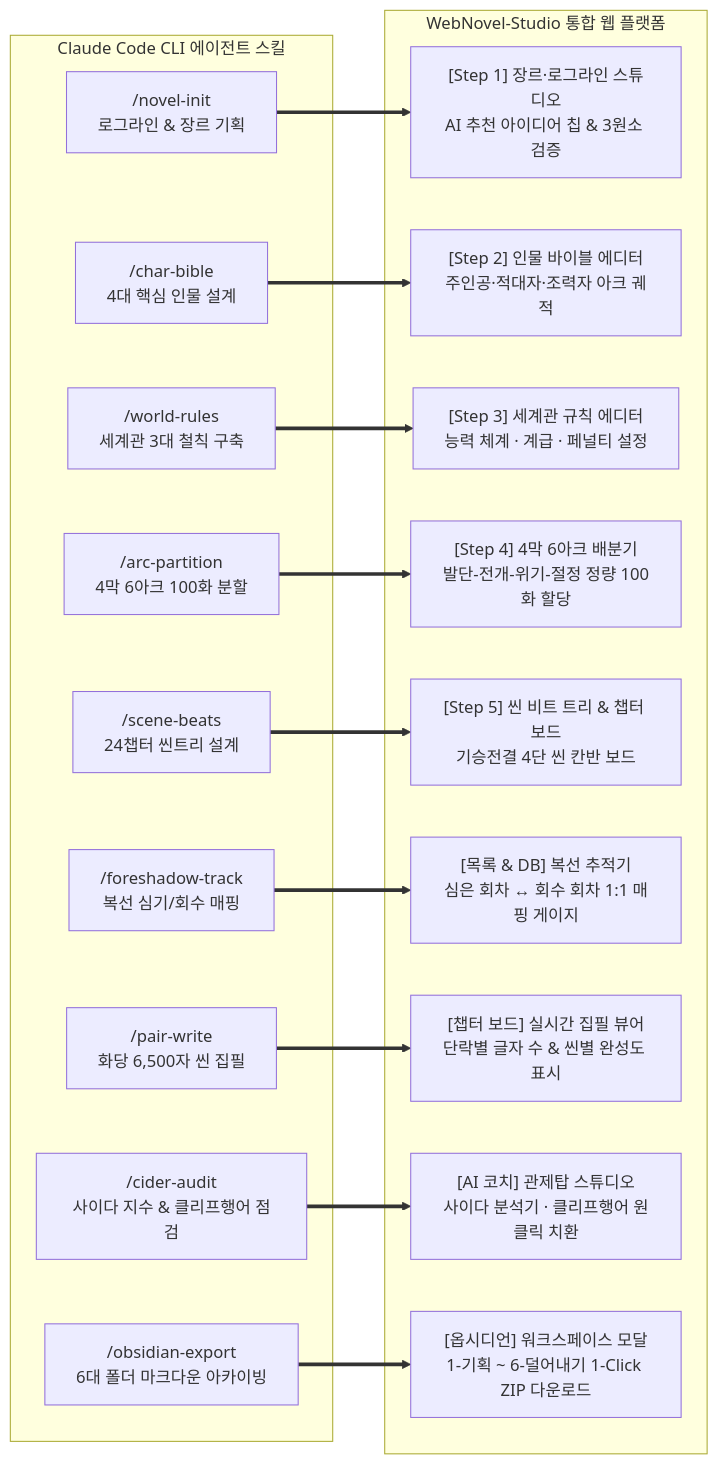
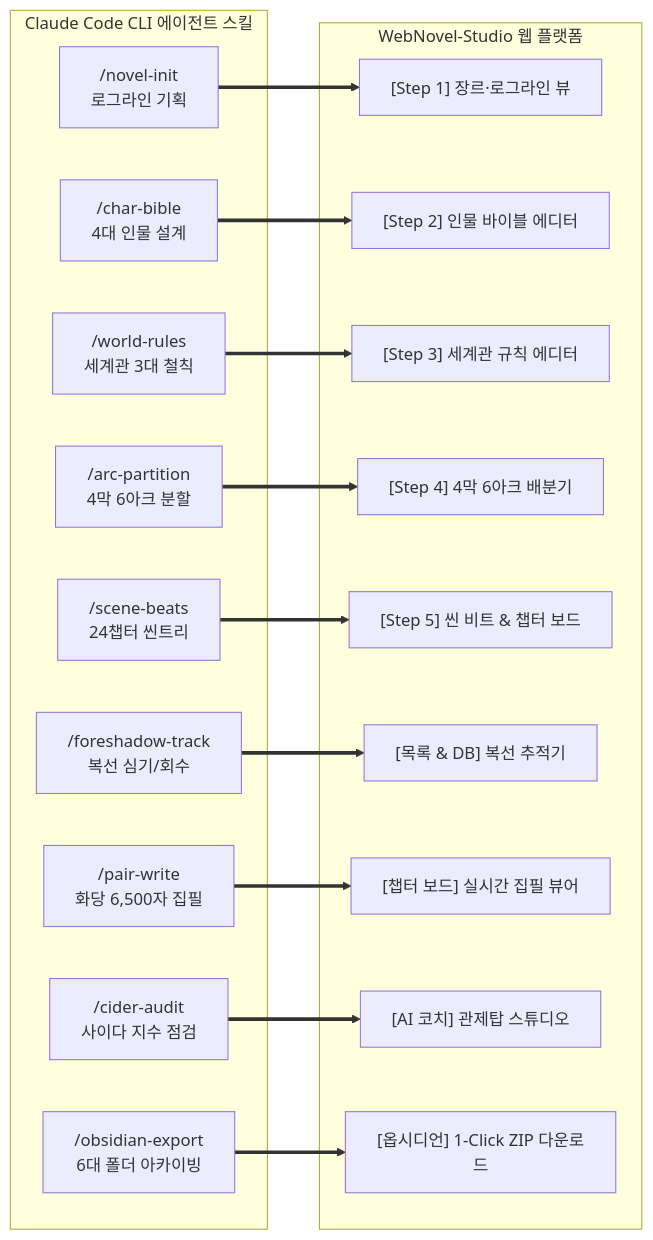
The second of 2 diagrams in README.md (DevOps0906/WebNovel-Studio), drawn with Mermaid before and after one commit. The commit also changed other lines of this file, not shown here.

````diff
--- a/README.md
+++ b/README.md
@@ -105,36 +156,36 @@
 ```mermaid
 graph LR
-    subgraph ClaudeSkills [Claude Code CLI 에이전트 스킬]
-        S1["/novel-init\n로그라인 & 장르 기획"]
-        S2["/char-bible\n4대 핵심 인물 설계"]
-        S3["/world-rules\n세계관 3대 철칙 구축"]
-        S4["/arc-partition\n4막 6아크 100화 분할"]
-        S5["/scene-beats\n24챕터 씬트리 설계"]
-        S6["/foreshadow-track\n복선 심기/회수 매핑"]
-        S7["/pair-write\n화당 6,500자 씬 집필"]
-        S8["/cider-audit\n사이다 지수 & 클리프행어 점검"]
-        S9["/obsidian-export\n6대 폴더 마크다운 아카이빙"]
+    subgraph Skills [Claude Code CLI 에이전트 스킬]
+        S1["/novel-init\n로그라인 기획"]
+        S2["/char-bible\n4대 인물 설계"]
+        S3["/world-rules\n세계관 3대 철칙"]
+        S4["/arc-partition\n4막 6아크 분할"]
+        S5["/scene-beats\n24챕터 씬트리"]
+        S6["/foreshadow-track\n복선 심기/회수"]
+        S7["/pair-write\n화당 6,500자 집필"]
+        S8["/cider-audit\n사이다 지수 점검"]
+        S9["/obsidian-export\n6대 폴더 아카이빙"]
     end
 
-    subgraph WebNovelStudio [WebNovel-Studio 통합 웹 플랫폼]
-        W1["[Step 1] 장르·로그라인 스튜디오\nAI 추천 아이디어 칩 & 3원소 검증"]
-        W2["[Step 2] 인물 바이블 에디터\n주인공·적대자·조력자 아크 궤적"]
-        W3["[Step 3] 세계관 규칙 에디터\n능력 체계 · 계급 · 페널티 설정"]
-        W4["[Step 4] 4막 6아크 배분기\n발단-전개-위기-절정 정량 100화 할당"]
-        W5["[Step 5] 씬 비트 트리 & 챕터 보드\n기승전결 4단 씬 칸반 보드"]
-        W6["[목록 & DB] 복선 추적기\n심은 회차 ↔ 회수 회차 1:1 매핑 게이지"]
-        W7["[챕터 보드] 실시간 집필 뷰어\n단락별 글자 수 & 씬별 완성도 표시"]
-        W8["[AI 코치] 관제탑 스튜디오\n사이다 분석기 · 클리프행어 원클릭 치환"]
-        W9["[옵시디언] 워크스페이스 모달\n1-기획 ~ 6-덜어내기 1-Click ZIP 다운로드"]
+    subgraph Studio [WebNovel-Studio 웹 플랫폼]
+        W1["[Step 1] 장르·로그라인 뷰"]
+        W2["[Step 2] 인물 바이블 에디터"]
+        W3["[Step 3] 세계관 규칙 에디터"]
+        W4["[Step 4] 4막 6아크 배분기"]
+        W5["[Step 5] 씬 비트 & 챕터 보드"]
+        W6["[목록 & DB] 복선 추적기"]
+        W7["[챕터 보드] 실시간 집필 뷰어"]
+        W8["[AI 코치] 관제탑 스튜디오"]
+        W9["[옵시디언] 1-Click ZIP 다운로드"]
     end
 
     S1 ==> W1
     S2 ==> W2
     S3 ==> W3
     S4 ==> W4
     S5 ==> W5
     S6 ==> W6
     S7 ==> W7
     S8 ==> W8
     S9 ==> W9
 ```
````
